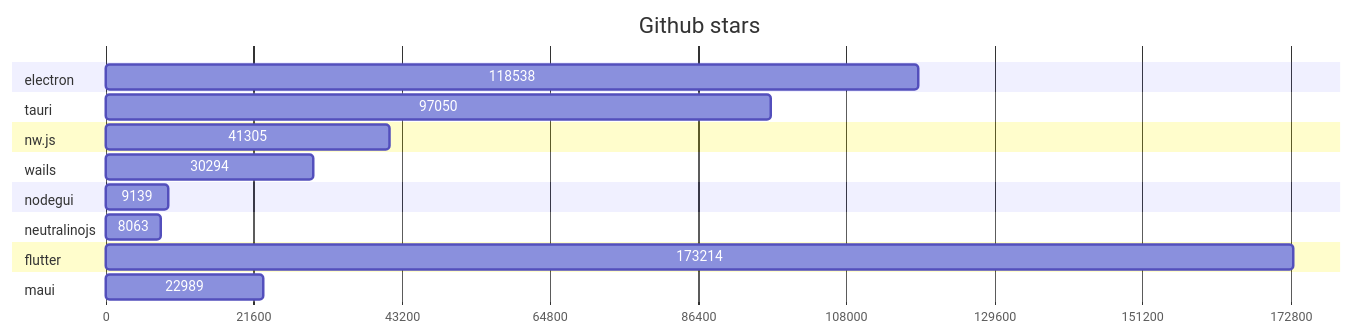
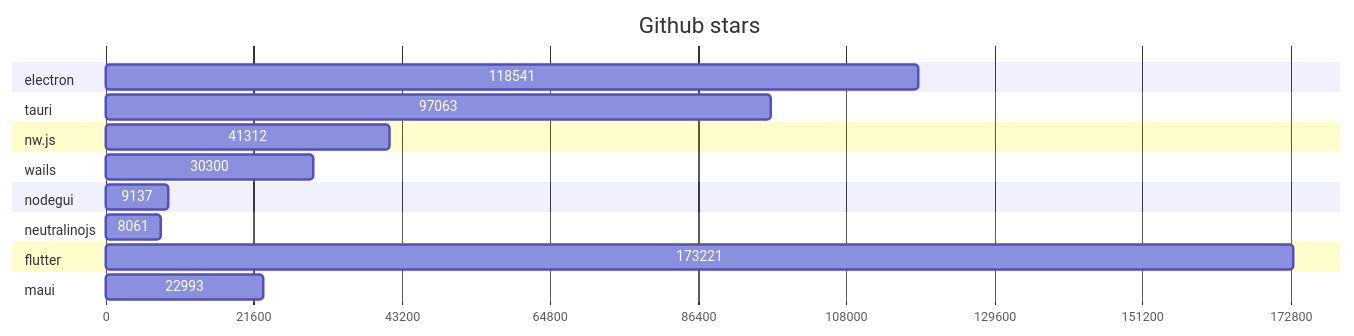
Before and after one commit to Elanis/web-to-desktop-framework-comparison: the first of 2 diagrams in GRAPHS.md, drawn with Mermaid. The commit also changed other lines of this file and 1 other file, not shown here.

Commit message:
Update stars & Fork

````diff
--- a/GRAPHS.md
+++ b/GRAPHS.md
@@ -5,40 +5,40 @@
 ```mermaid
 gantt
     title Github stars
     dateFormat  X
     axisFormat %s
 
 
 	section electron
-	118538 : 0, 118538
+	118541 : 0, 118541
 
 	
 	section tauri
-	97050 : 0, 97050
+	97063 : 0, 97063
 
 	
 	section nw.js
-	41305 : 0, 41305
+	41312 : 0, 41312
 
 	
 	section wails
-	30294 : 0, 30294
+	30300 : 0, 30300
 
 	
 	section nodegui
-	9139 : 0, 9139
+	9137 : 0, 9137
 
 	
 	section neutralinojs
-	8063 : 0, 8063
+	8061 : 0, 8061
 
 	
 	section flutter
-	173214 : 0, 173214
+	173221 : 0, 173221
 
 	
 	section maui
-	22989 : 0, 22989
+	22993 : 0, 22993
 
 	
 ```
````
